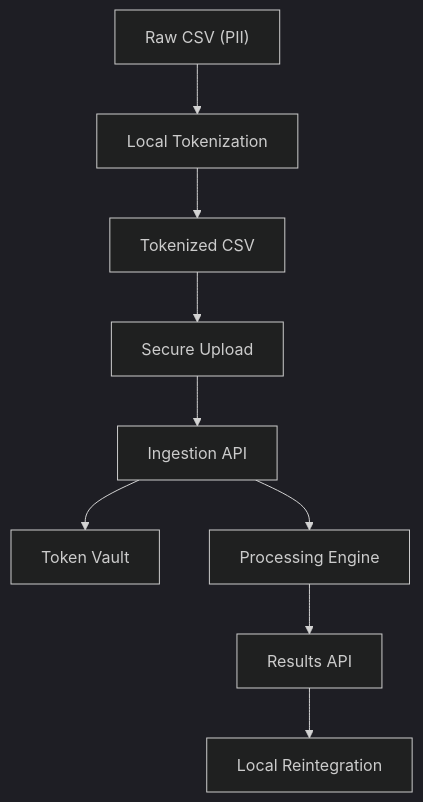
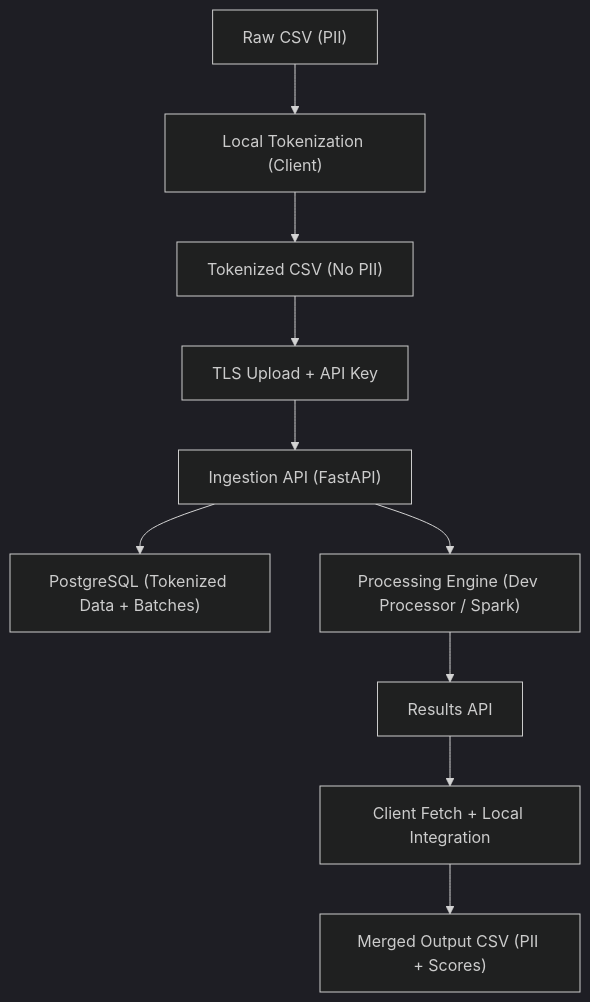
The diagram in README.md (Aadarshao/Secure-Data-Processing-with-Client-Side-Tokenization), drawn with Mermaid (dark theme) before and after one commit. The commit also changed other lines of this file, not shown here.

Commit message:
docs: update README for TLS + env defaults + requirements mapping

````diff
--- a/README.md
+++ b/README.md
@@ -29,22 +66,23 @@
 ```mermaid
 flowchart TD
     A["Raw CSV (PII)"]
-    B["Local Tokenization"]
-    C["Tokenized CSV"]
-    D["Secure Upload"]
-    E["Ingestion API"]
-    F["Token Vault"]
-    G["Processing Engine"]
+    B["Local Tokenization (Client)"]
+    C["Tokenized CSV (No PII)"]
+    D["TLS Upload + API Key"]
+    E["Ingestion API (FastAPI)"]
+    F["PostgreSQL (Tokenized Data + Batches)"]
+    G["Processing Engine (Dev Processor / Spark)"]
     H["Results API"]
-    I["Local Reintegration"]
+    I["Client Fetch + Local Integration"]
+    J["Merged Output CSV (PII + Scores)"]
 
     A --> B
     B --> C
     C --> D
     D --> E
     E --> F
     E --> G
     G --> H
     H --> I
-
-```
+    I --> J
+ ```   
````
